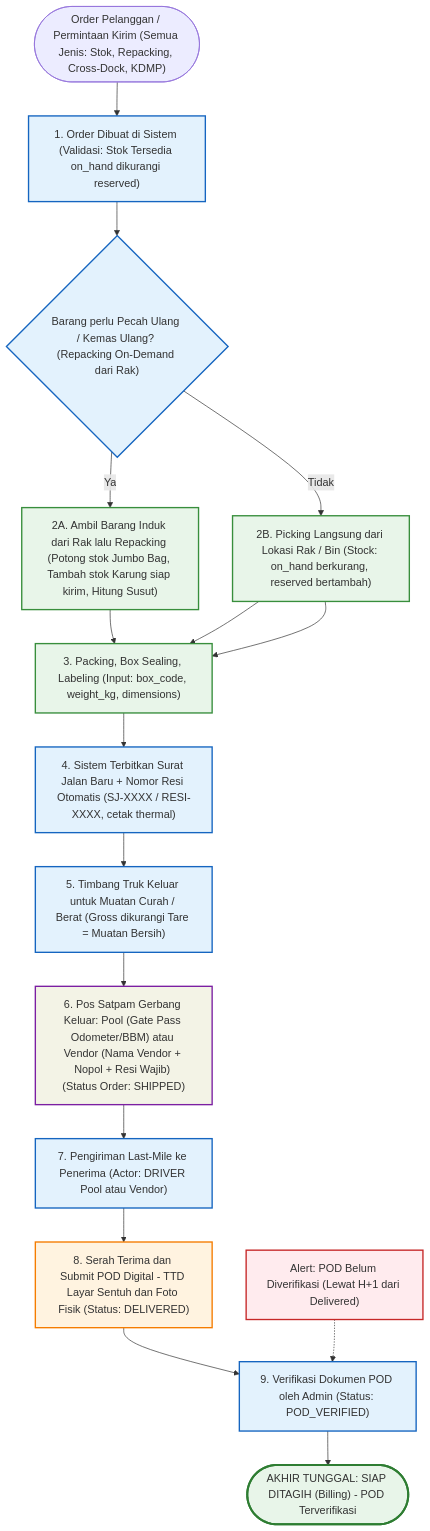
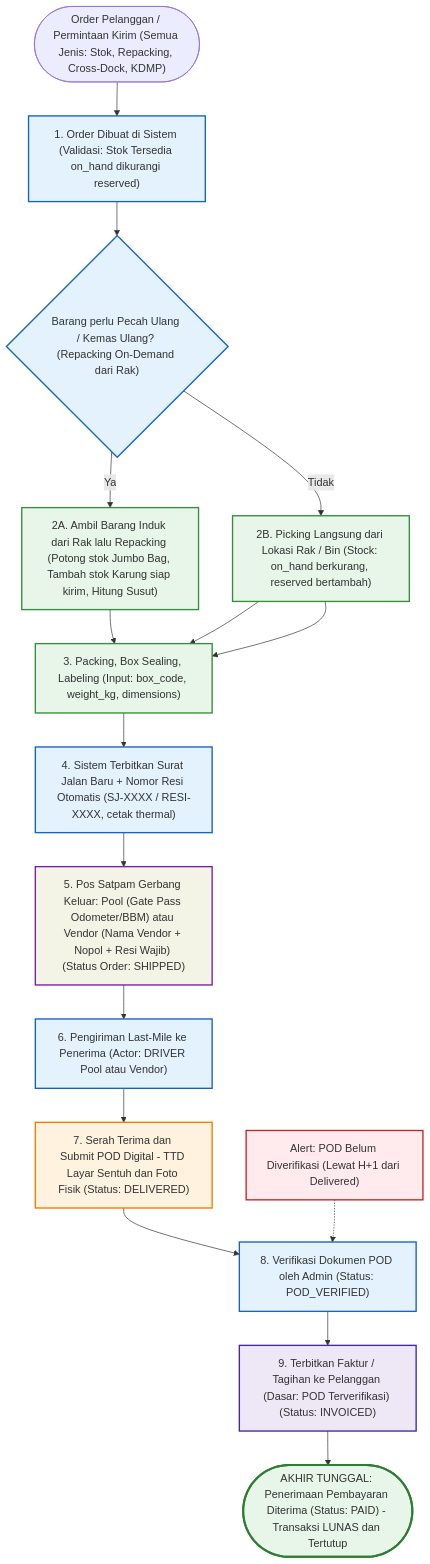
One commit to innaka-tech/wms-simple changed the first of 2 diagrams in docs/06_Outbound_and_POD_Flows.md. Above: the diagram before and after it, drawn with Mermaid. The commit also changed other lines of this file and 9 other files, not shown here.

First line of the commit message:
docs(flow): tanpa timbang truk & rantai sampai penerimaan pembayaran (v3.2.0)

````diff
--- a/docs/06_Outbound_and_POD_Flows.md
+++ b/docs/06_Outbound_and_POD_Flows.md
@@ -22,39 +22,40 @@
 ```mermaid
 flowchart TD
     classDef action fill:#e3f2fd,stroke:#1565c0,stroke-width:2px;
     classDef staff fill:#e8f5e9,stroke:#388e3c,stroke-width:2px;
     classDef gate fill:#f3f3e5f5,stroke:#7b1fa2,stroke-width:2px;
     classDef pod fill:#fff3e0,stroke:#f57c00,stroke-width:2px;
     classDef alert fill:#ffebee,stroke:#c62828,stroke-width:2px;
     classDef waybill fill:#e3f2fd,stroke:#1565c0,stroke-width:2px;
+    classDef billing fill:#ede7f6,stroke:#4527a0,stroke-width:2px;
     classDef finalNode fill:#e8f5e9,stroke:#2e7d32,stroke-width:3px;
 
     REQ(["Order Pelanggan / Permintaan Kirim (Semua Jenis: Stok, Repacking, Cross-Dock, KDMP)"]) --> STEP1["1. Order Dibuat di Sistem (Validasi: Stok Tersedia on_hand dikurangi reserved)"]:::action
 
     STEP1 --> DEBULK_Q{"Barang perlu Pecah Ulang / Kemas Ulang? (Repacking On-Demand dari Rak)"}:::action
 
     DEBULK_Q -->|Ya| REPICK["2A. Ambil Barang Induk dari Rak lalu Repacking (Potong stok Jumbo Bag, Tambah stok Karung siap kirim, Hitung Susut)"]:::staff
     DEBULK_Q -->|Tidak| STEP2["2B. Picking Langsung dari Lokasi Rak / Bin (Stock: on_hand berkurang, reserved bertambah)"]:::staff
 
     REPICK --> STEP3
     STEP2 --> STEP3["3. Packing, Box Sealing, Labeling (Input: box_code, weight_kg, dimensions)"]:::staff
 
     STEP2 --> STEP3["3. Packing, Box Sealing, Labeling (Input: box_code, weight_kg, dimensions)"]:::staff
 
     STEP3 --> STEP4["4. Sistem Terbitkan Surat Jalan Baru + Nomor Resi Otomatis (SJ-XXXX / RESI-XXXX, cetak thermal)"]:::waybill
 
-    STEP4 --> WB_OUT["5. Timbang Truk Keluar untuk Muatan Curah / Berat (Gross dikurangi Tare = Muatan Bersih)"]:::action
+    STEP4 --> STEP6["5. Pos Satpam Gerbang Keluar: Pool (Gate Pass Odometer/BBM) atau Vendor (Nama Vendor + Nopol + Resi Wajib) (Status Order: SHIPPED)"]:::gate
 
-    WB_OUT --> STEP6["6. Pos Satpam Gerbang Keluar: Pool (Gate Pass Odometer/BBM) atau Vendor (Nama Vendor + Nopol + Resi Wajib) (Status Order: SHIPPED)"]:::gate
+    STEP6 --> STEP7["6. Pengiriman Last-Mile ke Penerima (Actor: DRIVER Pool atau Vendor)"]:::action
 
-    STEP6 --> STEP7["7. Pengiriman Last-Mile ke Penerima (Actor: DRIVER Pool atau Vendor)"]:::action
+    STEP7 --> STEP8["7. Serah Terima dan Submit POD Digital - TTD Layar Sentuh dan Foto Fisik (Status: DELIVERED)"]:::pod
 
-    STEP7 --> STEP8["8. Serah Terima dan Submit POD Digital - TTD Layar Sentuh dan Foto Fisik (Status: DELIVERED)"]:::pod
+    STEP8 --> STEP9["8. Verifikasi Dokumen POD oleh Admin (Status: POD_VERIFIED)"]:::action
 
-    STEP8 --> STEP9["9. Verifikasi Dokumen POD oleh Admin (Status: POD_VERIFIED)"]:::action
+    STEP9 --> INVOICE["9. Terbitkan Faktur / Tagihan ke Pelanggan (Dasar: POD Terverifikasi) (Status: INVOICED)"]:::billing
 
-    STEP9 --> COMPLETED(["AKHIR TUNGGAL: SIAP DITAGIH (Billing) - POD Terverifikasi"]):::finalNode
+    INVOICE --> COMPLETED(["AKHIR TUNGGAL: Penerimaan Pembayaran Diterima (Status: PAID) - Transaksi LUNAS dan Tertutup"]):::finalNode
 
     %% SLA Alert
     ALERT_SLA["Alert: POD Belum Diverifikasi (Lewat H+1 dari Delivered)"]:::alert -.-> STEP9
 ```
````
